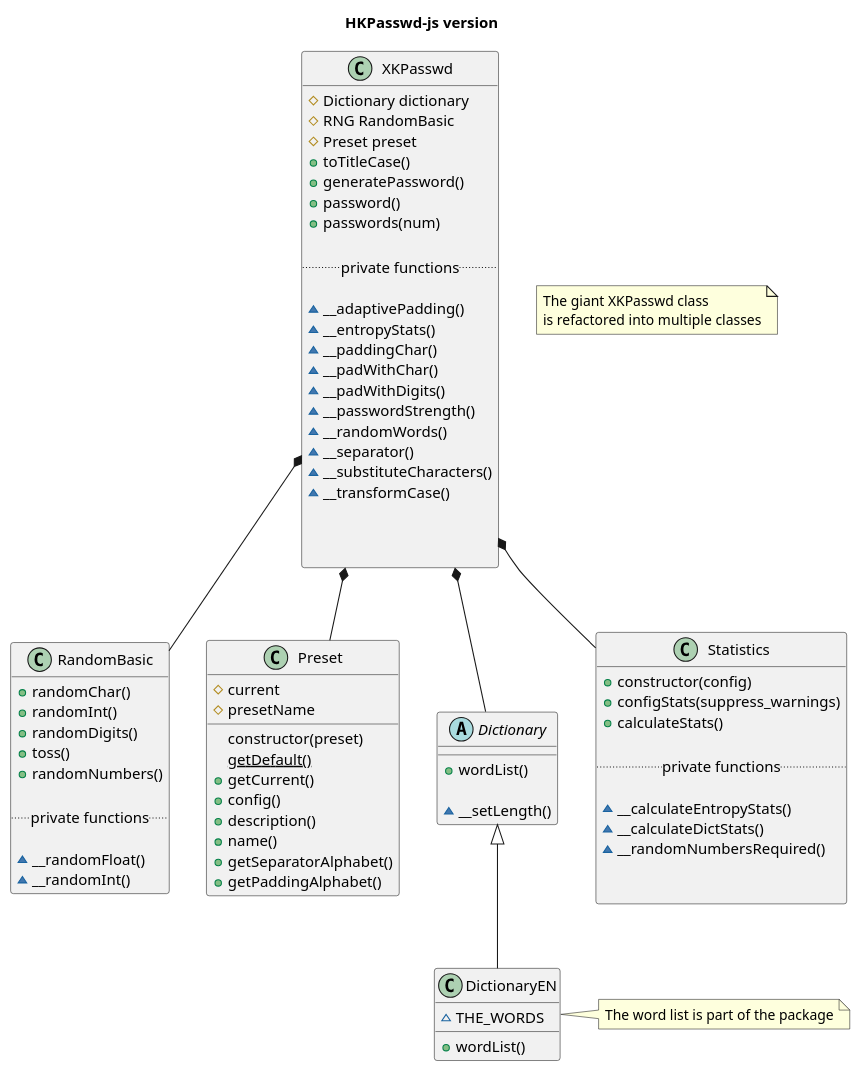
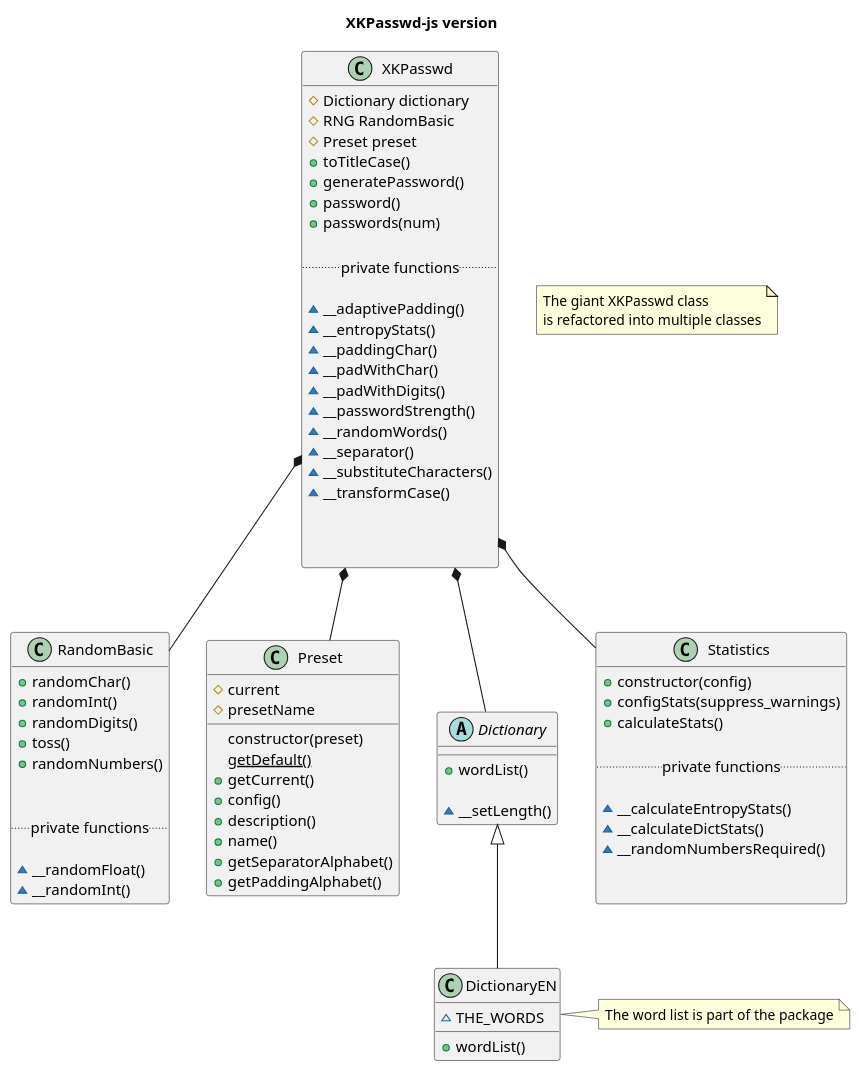
The diagram in src-diagrams/uml-classes-xkpasswdjs.puml (bartificer/xkpasswd-js), drawn with PlantUML before and after one commit.

Commit message:
MAINTENANCE fix typo in UML diagram

```diff
--- a/src-diagrams/uml-classes-xkpasswdjs.puml
+++ b/src-diagrams/uml-classes-xkpasswdjs.puml
@@ -1,160 +1,161 @@
 @startuml
 class RandomBasic {
   +randomChar()
   +randomInt()
   +randomDigits()
   +toss()
   +randomNumbers()
+
 
   .. private functions ..
 
   ~__randomFloat()
   ~__randomInt()
 }
 
 class Preset {
     #current
     #presetName
     constructor(preset)
     {static} getDefault()
     +getCurrent()
     +config()
     +description()
     +name()
     +getSeparatorAlphabet()
     +getPaddingAlphabet()
 
 '    +preset_definition(string preset)$ hash
 '    +preset_definitions()$ hash
 '    +preset_description(string preset)$ string
 '    +config(hashref config, JSON config_json) hashref
 
 }
 
 abstract class Dictionary {
     +wordList()
 
     ~__setLength()
 
 '    +source() class
 '    +print_words() void
 '    +distil_to_words(string[] arg)$ string[]
 }
 class DictionaryEN {
     ~THE_WORDS
     +wordList()
 '    +source() string[]
 }
 
 class Statistics {
   +constructor(config)
   +configStats(suppress_warnings)
   +calculateStats()
 
   .. private functions ..
 
   ~__calculateEntropyStats()
   ~__calculateDictStats()
   ~__randomNumbersRequired()
 
 '    +config_random_numbers_required(hashref config)$ int
 '    +config_stats(hashref config, boolean suppress_warnings)$ hash
 '    -_calculate_entropy_stats() hash
 '    -_calculate_dictionary_stats() hash
 
 }
 
 class XKPasswd {
     #Dictionary dictionary
     #RNG RandomBasic
     #Preset preset
     +toTitleCase()
     +generatePassword()
     +password()
     +passwords(num)
 
     .. private functions ..
 
     ~__adaptivePadding()
     ~__entropyStats()
     ~__paddingChar()
     ~__padWithChar()
     ~__padWithDigits()
     ~__passwordStrength()
     ~__randomWords()
     ~__separator()
     ~__substituteCharacters()
     ~__transformCase()
 
 '    Dictionary dictionary
 '    RNG RandomBasic
 '    +password() string
 '    +passwords(int number_of_passwords) string[]
 '    -_random_words() string[]
 '    -_separator() string
 '    -_padding_char(string separator) string
 '    -_transform_case(string[] words) void
 
 
 }
 
 class XKPasswd-OLD $oldClass {
     +new()$ XKPasswd
     +module_config(string key, string value)$ string
     +defined_config_keys()$ string[]
     +config_key_definition(string key)$ hash
     +config_key_definitions()$ hash
     +default_config(hashref config)$ hashref
     +preset_config(string preset, hashref override)$ hashref
     +presets_json()$ JSON
     +clone_config(hashref config)$ hashref
     +distil_to_config_keys(hashref config, string[] args)$ hashref
     +distil_to_symbol_alphabet(string[] symbols, int warn)$ string[]
     +distil_to_words(string[] words, boolean warn)$ string[]
     +is_valid_config(hashref config)$ boolean
     +config_to_json(hashref config)$ JSON
     +config_to_string(hashref config)$ string
     +defined_presets()$ string[]
     +presets_to_string()$ string
     +dictionary() Dictionary
     +config_as_json() JSON
     +config_as_string() string
     +update_config(hashref config) XKPasswd
     +caches_state() string
     +passwords_json(int number_of_passwords) JSON
     +stats() hash
     +status() string
     +hsxkpasswd() string
     -_clone_config() hashref
     -_distil_alphabets_inplace(hashref config)$ void
     -_filter_word_list()$ string[]
     -_contains_accented_letters(string[] word_list)$ boolean
     -_increment_random_cache() void
     -_substitute_characters(string[] words) void
     -_check_config_key_definitions() void
     -_check_preset_definitions() void
     -_best_available_rng()$ RNG
     -_passwords_will_contain_symbol() boolean
     -_update_entropystats_cache() void
     -_render_bigint(BigInt int)$ string
     -_grapheme_length(string s)$ int
 }
 
 
 XKPasswd *-- Dictionary
 XKPasswd *-- RandomBasic
 XKPasswd *-- Preset
 XKPasswd *-- Statistics
 
 Dictionary <|-- DictionaryEN
 
-title: HKPasswd-js version
+title: XKPasswd-js version
 note as N1
  The giant XKPasswd class
  is refactored into multiple classes
 end note
 
 note right of DictionaryEN : The word list is part of the package
 
 remove $oldClass
 @enduml
```
